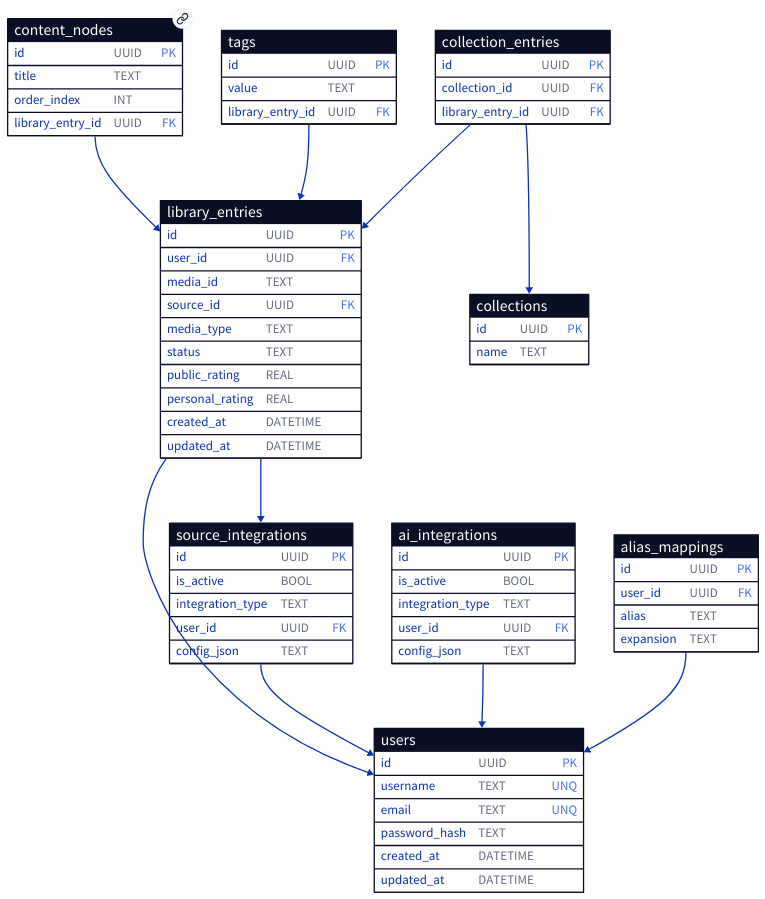
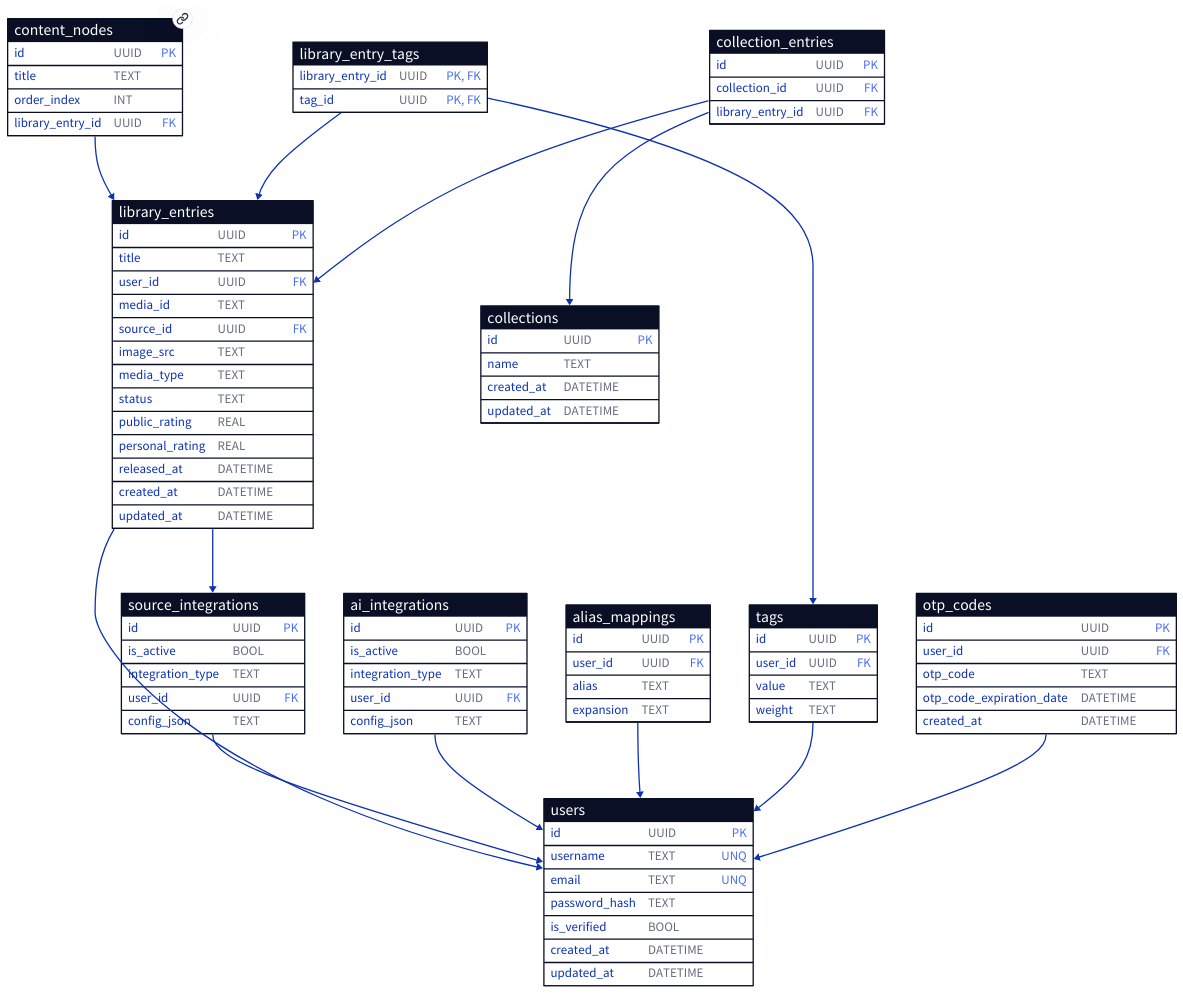
The diagram in docs/diagrams/src/db-diagram.d2 (etherbits/metavault), drawn with D2 before and after one commit. The commit also changed 14 other files, not shown here.

```diff
--- a/docs/diagrams/src/db-diagram.d2
+++ b/docs/diagrams/src/db-diagram.d2
@@ -1,90 +1,115 @@
 direction: down
 
 users: {
   shape: sql_table
   id: UUID {constraint: primary_key}
   username: TEXT {constraint: unique}
   email: TEXT {constraint: unique}
   password_hash: TEXT
+  is_verified: BOOL
   created_at: DATETIME
   updated_at: DATETIME
 }
 
 library_entries: {
   shape: sql_table
   id: UUID {constraint: primary_key}
+  title: TEXT
   user_id: UUID {constraint: foreign_key}
   media_id: TEXT
   source_id: UUID {constraint: foreign_key}
+  image_src: TEXT
   media_type: TEXT
   status: TEXT
   public_rating: REAL
   personal_rating: REAL
+  released_at: DATETIME
   created_at: DATETIME
   updated_at: DATETIME
 }
 
 source_integrations: {
 	shape: sql_table
 	id: UUID {constraint: primary_key}
 	is_active: BOOL
 	integration_type: TEXT
 	user_id: UUID {constraint: foreign_key}
 	config_json: TEXT
 }
 
 ai_integrations: {
 	shape: sql_table
 	id: UUID {constraint: primary_key}
 	is_active: BOOL
 	integration_type: TEXT
 	user_id: UUID {constraint: foreign_key}
 	config_json: TEXT
 }
 
 alias_mappings: {
 	shape: sql_table
 	id: UUID {constraint: primary_key}
 	user_id: UUID {constraint: foreign_key}
 	alias: TEXT
 	expansion: TEXT
 }
 
 content_nodes: {
 	shape: sql_table
 	id: UUID {constraint: primary_key}
 	title: TEXT
 	link: TEXT
 	order_index: INT
 	library_entry_id: UUID {constraint: foreign_key}
 }
 
 tags: {
 	shape: sql_table
 	id: UUID {constraint: primary_key}
+	user_id: UUID {constraint: foreign_key}
 	value: TEXT
-	library_entry_id: UUID {constraint: foreign_key}
+	weight: TEXT
+}
+
+library_entry_tags: {
+	shape: sql_table
+	library_entry_id: UUID {constraint: [primary_key; foreign_key]}
+	tag_id: UUID {constraint: [primary_key; foreign_key]}
 }
 
 collections: {
 	shape: sql_table
 	id: UUID {constraint: primary_key}
 	name: TEXT
+	created_at: DATETIME
+	updated_at: DATETIME
 }
 
 collection_entries: {
 	shape: sql_table
 	id: UUID {constraint: primary_key}
 	collection_id: UUID {constraint: foreign_key}
 	library_entry_id: UUID {constraint: foreign_key}
 }
 
+otp_codes: {
+	shape: sql_table
+	id: UUID {constraint: primary_key}
+	user_id: UUID {constraint: foreign_key}
+	otp_code: TEXT
+	otp_code_expiration_date: DATETIME
+	created_at: DATETIME
+}
+
 library_entries.user_id -> users.id
 library_entries.source_id -> source_integrations.id
 source_integrations.user_id -> users.id
 ai_integrations.user_id -> users.id
 alias_mappings.user_id -> users.id
 content_nodes.library_entry_id -> library_entries.id
-tags.library_entry_id -> library_entries.id
+tags.user_id -> users.id
+library_entry_tags.library_entry_id -> library_entries.id
+library_entry_tags.tag_id -> tags.id
 collection_entries.collection_id -> collections.id
 collection_entries.library_entry_id -> library_entries.id
+otp_codes.user_id -> users.id
```
